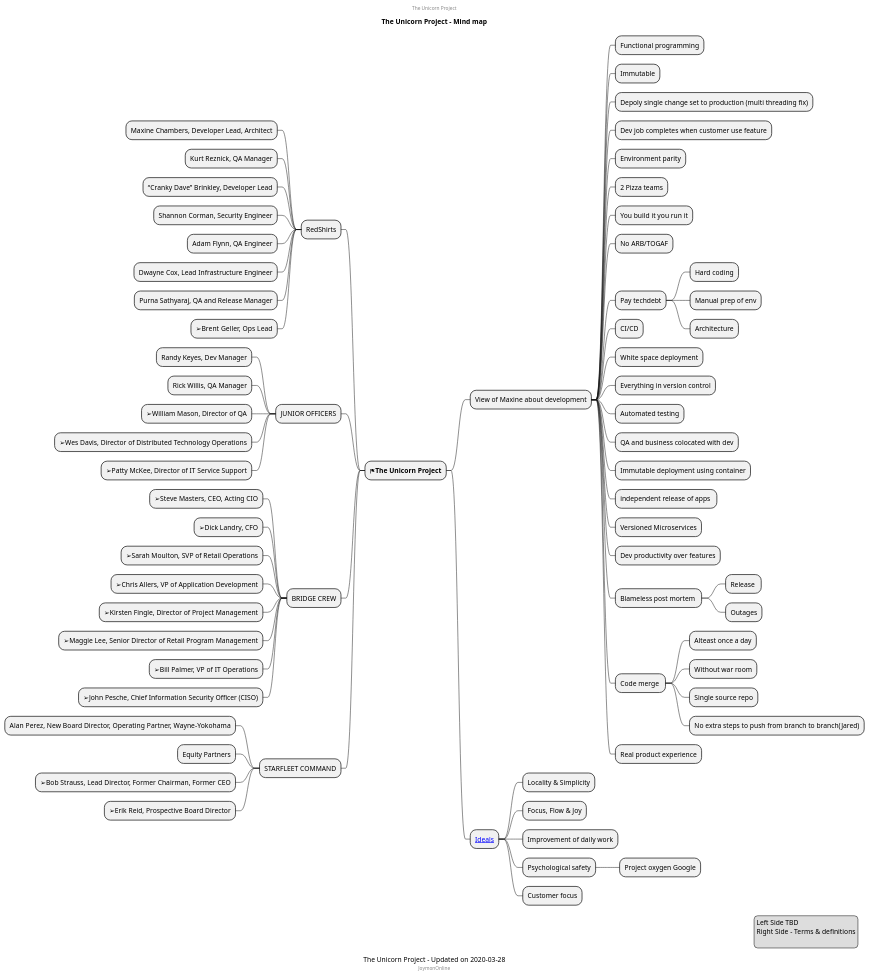
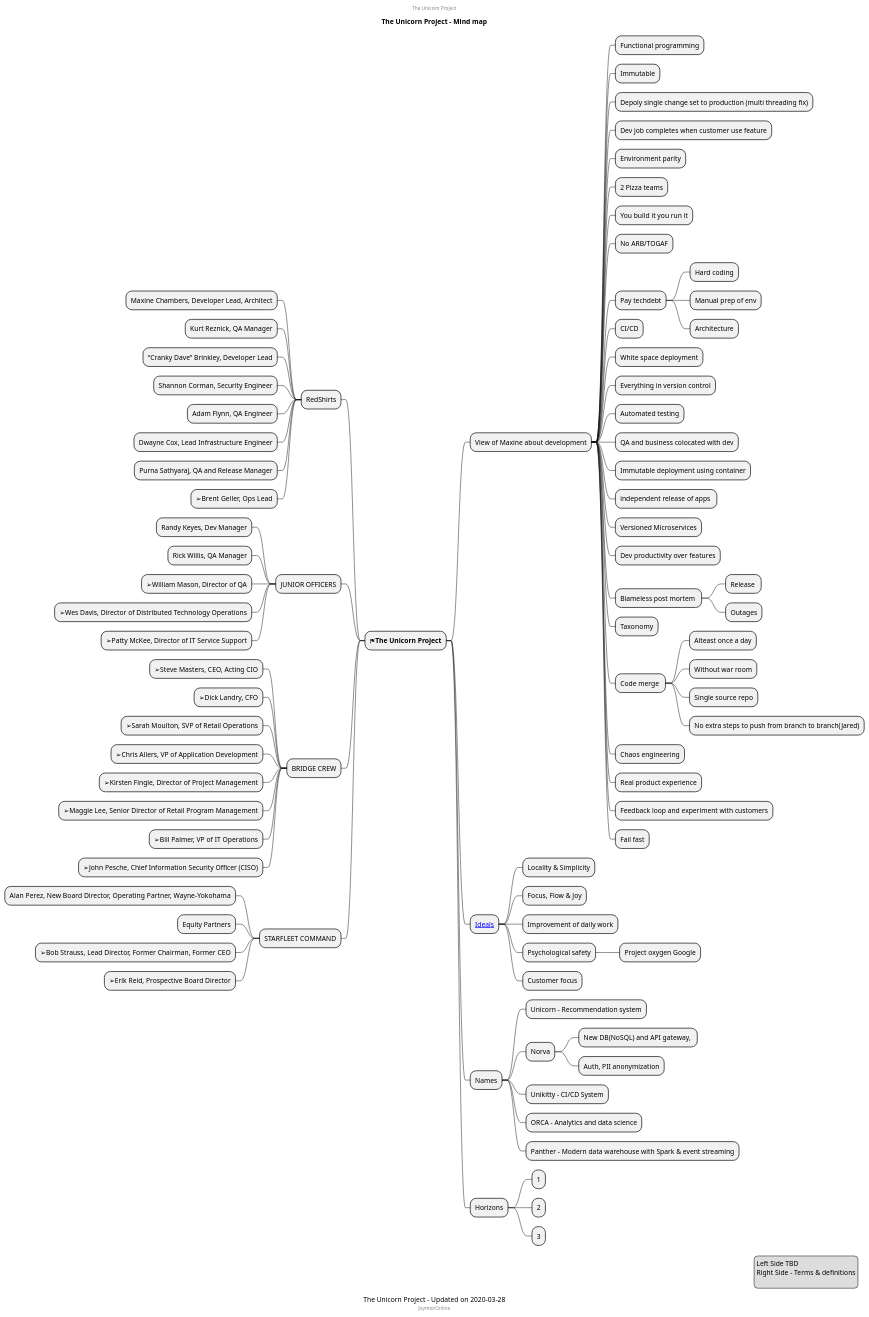
One commit to mind-maps/software changed the diagram in deployment/the-unicorn-project.puml. Above: the diagram before and after it, drawn with PlantUML.

Commit message:
updates to unicorn-project

```diff
--- a/deployment/the-unicorn-project.puml
+++ b/deployment/the-unicorn-project.puml
@@ -1,85 +1,101 @@
 @startmindmap
 caption The Unicorn Project - Updated on 2020-03-28
 title The Unicorn Project - Mind map
 center header
 The Unicorn Project
 endheader
 
 * <&flag><b>The Unicorn Project</b>
 ** View of Maxine about development
 *** Functional programming
 *** Immutable
 *** Depoly single change set to production (multi threading fix)
 *** Dev job completes when customer use feature
 *** Environment parity
 *** 2 Pizza teams
 *** You build it you run it
 *** No ARB/TOGAF
 *** Pay techdebt
 **** Hard coding
 **** Manual prep of env
 **** Architecture
 *** CI/CD
 *** White space deployment
 *** Everything in version control
 *** Automated testing
 *** QA and business colocated with dev
 *** Immutable deployment using container
 *** independent release of apps 
 *** Versioned Microservices
 *** Dev productivity over features
 *** Blameless post mortem 
 **** Release 
 **** Outages
+*** Taxonomy
 *** Code merge 
 **** Alteast once a day
 **** Without war room
 **** Single source repo
 **** No extra steps to push from branch to branch(Jared)
+*** Chaos engineering
 *** Real product experience
+*** Feedback loop and experiment with customers
+*** Fail fast
 ** [[https://www.linkedin.com/pulse/unicorn-project-five-ideals-michal-florys/ Ideals]]
 *** Locality & Simplicity
 *** Focus, Flow & Joy
 *** Improvement of daily work
 *** Psychological safety
 **** Project oxygen Google
 *** Customer focus
+** Names
+*** Unicorn - Recommendation system
+*** Norva
+**** New DB(NoSQL) and API gateway, 
+**** Auth, PII anonymization
+*** Unikitty - CI/CD System
+*** ORCA - Analytics and data science
+*** Panther - Modern data warehouse with Spark & event streaming
+** Horizons
+*** 1
+*** 2
+*** 3
 left side
 ** RedShirts
 *** Maxine Chambers, Developer Lead, Architect
 *** Kurt Reznick, QA Manager
 *** “Cranky Dave” Brinkley, Developer Lead
 *** Shannon Corman, Security Engineer
 *** Adam Flynn, QA Engineer
 *** Dwayne Cox, Lead Infrastructure Engineer
 *** Purna Sathyaraj, QA and Release Manager
 *** ➢Brent Geller, Ops Lead
 ** JUNIOR OFFICERS
 *** Randy Keyes, Dev Manager
 *** Rick Willis, QA Manager
 *** ➢William Mason, Director of QA
 *** ➢Wes Davis, Director of Distributed Technology Operations
 *** ➢Patty McKee, Director of IT Service Support
 ** BRIDGE CREW
 *** ➢Steve Masters, CEO, Acting CIO
 *** ➢Dick Landry, CFO
 *** ➢Sarah Moulton, SVP of Retail Operations
 *** ➢Chris Allers, VP of Application Development
 *** ➢Kirsten Fingle, Director of Project Management
 *** ➢Maggie Lee, Senior Director of Retail Program Management
 *** ➢Bill Palmer, VP of IT Operations
 *** ➢John Pesche, Chief Information Security Officer (CISO)
 ** STARFLEET COMMAND
 *** Alan Perez, New Board Director, Operating Partner, Wayne-Yokohama
 *** Equity Partners
 *** ➢Bob Strauss, Lead Director, Former Chairman, Former CEO
 *** ➢Erik Reid, Prospective Board Director
 center footer JoymonOnline
 
 legend right
   Left Side TBD
   Right Side - Terms & definitions
   
 endlegend
 
 @endmindmap
```
